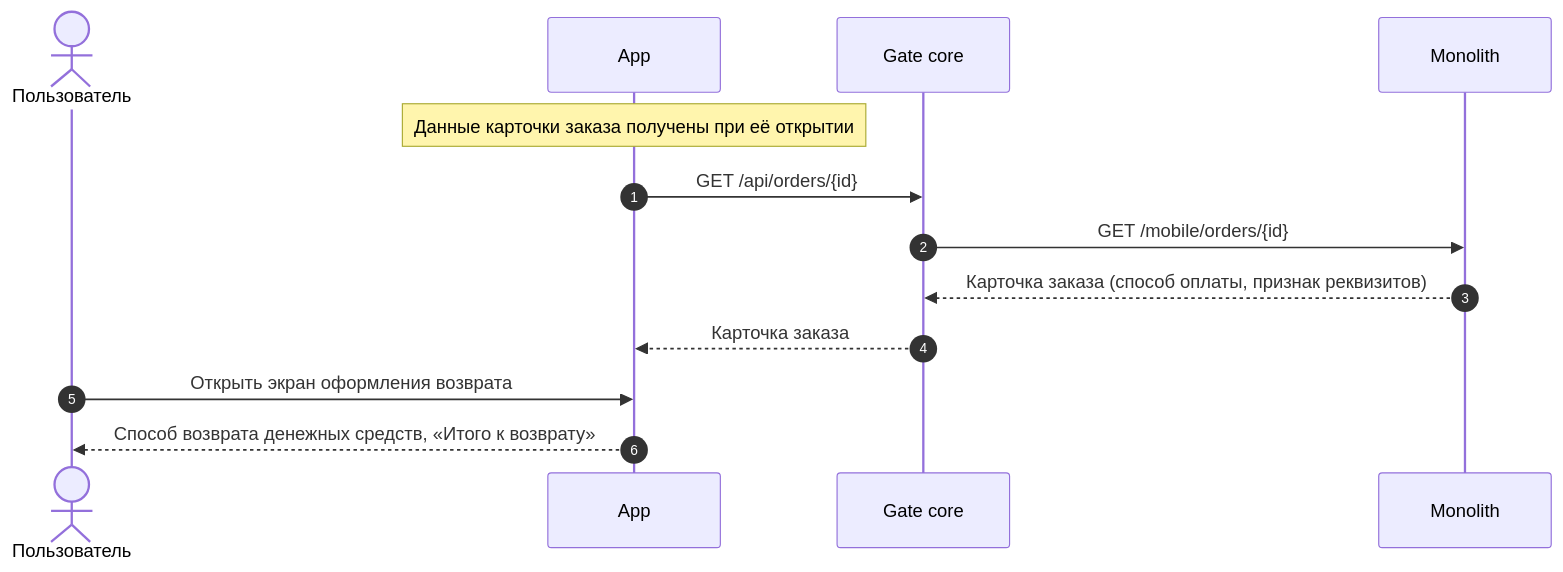
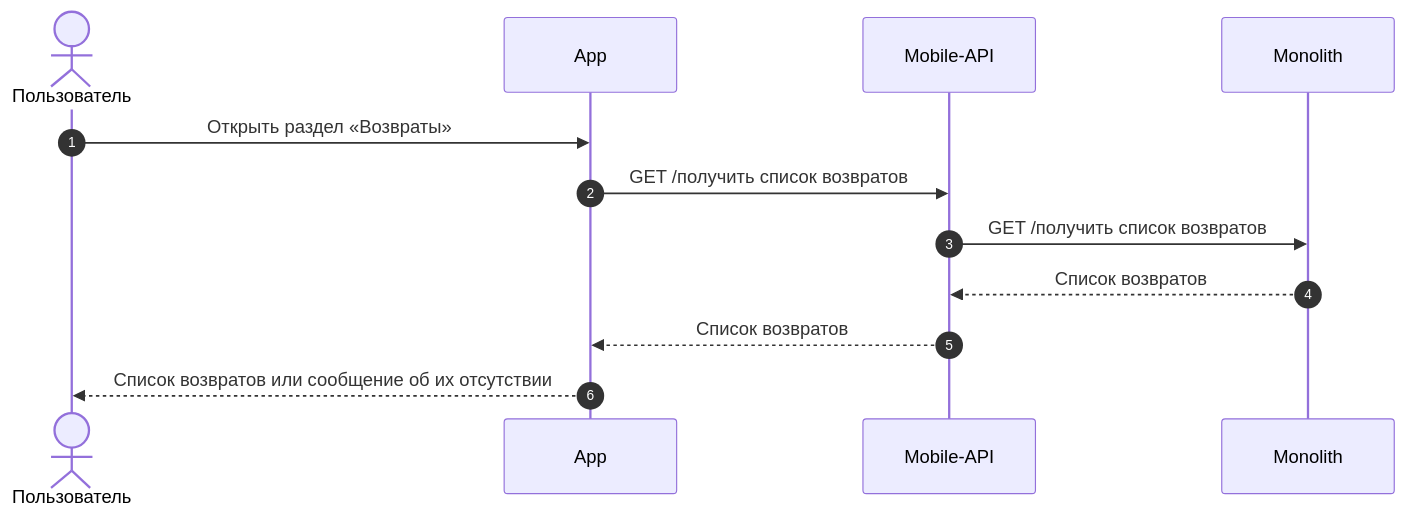
The fifth of 7 diagrams in projects/returns-2.0/requirements/srs/srs-mobile.md (Terinss155/opencode-agents-analysis), drawn with Mermaid before and after one commit. The commit also changed other lines of this file and 2 other files, not shown here.

````diff
--- a/projects/returns-2.0/requirements/srs/srs-mobile.md
+++ b/projects/returns-2.0/requirements/srs/srs-mobile.md
@@ -279,17 +472,15 @@
 ```mermaid
 sequenceDiagram
     autonumber
-
     actor U as Пользователь
     participant APP as App
-    participant GWC as Gate core
+    participant API as Mobile-API
     participant MON as Monolith
 
-    Note over APP: Данные карточки заказа получены при её открытии
-    APP->>GWC: GET /api/orders/{id}
-    GWC->>MON: GET /mobile/orders/{id}
-    MON-->>GWC: Карточка заказа (способ оплаты, признак реквизитов)
-    GWC-->>APP: Карточка заказа
-    U->>APP: Открыть экран оформления возврата
-    APP-->>U: Способ возврата денежных средств, «Итого к возврату»
+    U->>APP: Открыть раздел «Возвраты»
+    APP->>API: GET /получить список возвратов
+    API->>MON: GET /получить список возвратов
+    MON-->>API: Список возвратов
+    API-->>APP: Список возвратов
+    APP-->>U: Список возвратов или сообщение об их отсутствии
 ```
````
